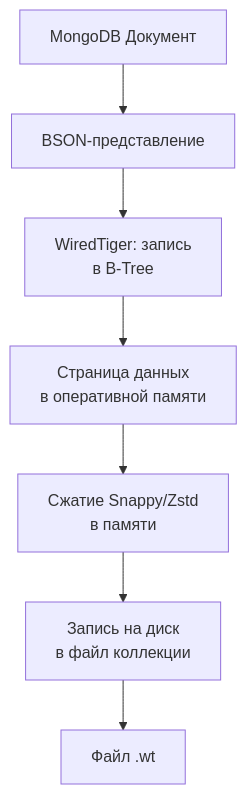
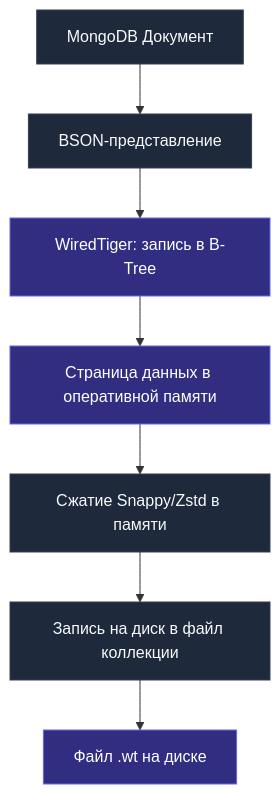
One commit to UnrealTemplier/go-textbook changed the first of 2 diagrams in sources/12. Базы данных/09. NoSQL базы/8. MongoDB под капотом.md. Above: the diagram before and after it, drawn with Mermaid. The commit also changed other lines of this file, not shown here.

````diff
--- a/sources/12. Базы данных/09. NoSQL базы/8. MongoDB под капотом.md
+++ b/sources/12. Базы данных/09. NoSQL базы/8. MongoDB под капотом.md
@@ -11,9 +15,13 @@
 ```mermaid
 flowchart TD
-    A["MongoDB Документ"] --> B["BSON-представление"]
-    B --> C["WiredTiger: запись<br>в B-Tree"]
-    C --> D["Страница данных<br>в оперативной памяти"]
-    D --> E["Сжатие Snappy/Zstd<br>в памяти"]
-    E --> F["Запись на диск<br>в файл коллекции"]
-    F --> G["Файл .wt"]
+    Doc["MongoDB Документ"] --> BsonRepr["BSON-представление"]
+    BsonRepr --> WtWrite["WiredTiger: запись в B-Tree"]
+    WtWrite --> RamPage["Страница данных в оперативной памяти"]
+    RamPage --> Compress["Сжатие Snappy/Zstd в памяти"]
+    Compress --> DiskWrite["Запись на диск в файл коллекции"]
+    DiskWrite --> WtFile["Файл .wt на диске"]
+
+    classDef default fill:#1e293b,stroke:#334155,color:#f8fafc;
+    classDef wtNode fill:#312e81,stroke:#6366f1,color:#ffffff;
+    class WtWrite,RamPage,WtFile wtNode;
 ```
````
